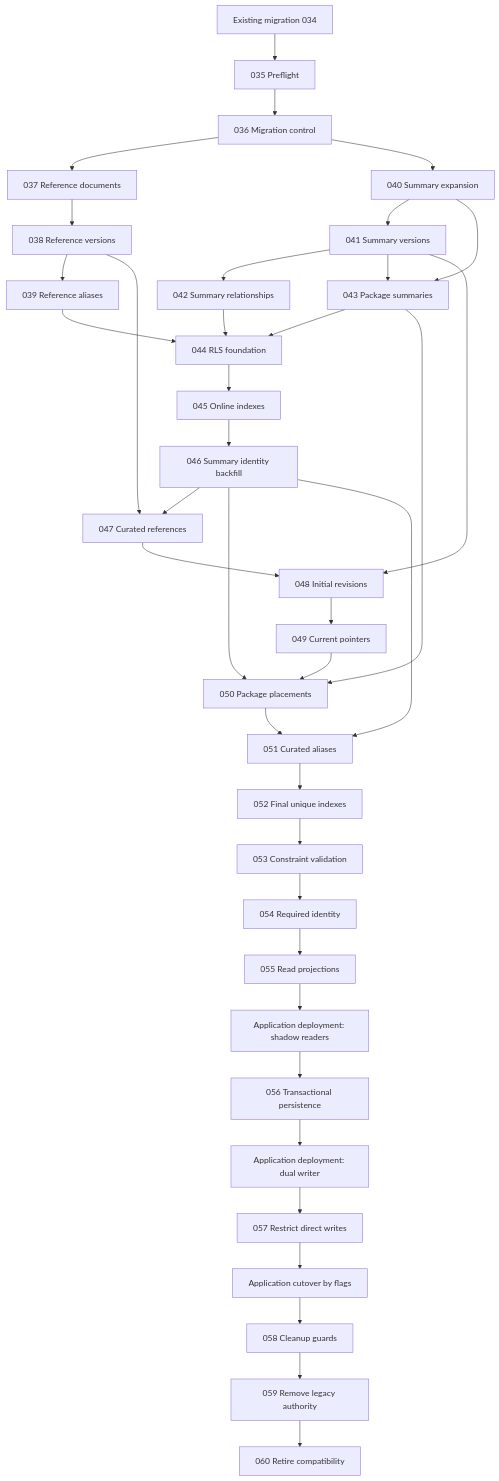
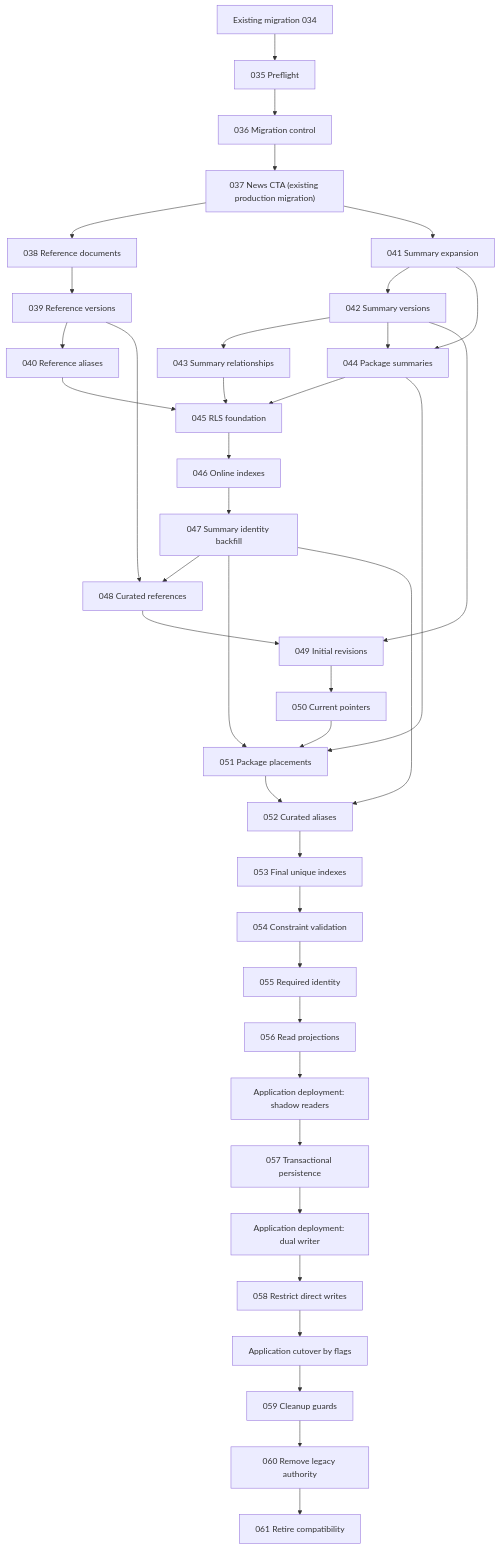
The first of 2 diagrams in knowledge_platform_sql_migration_design_v1.md (Lowwer02/sobdai), drawn with Mermaid before and after one commit. The commit also changed other lines of this file and 2 other files, not shown here.

Commit message:
fix(news): fix table query columns and response normalization in relation picker

````diff
--- a/knowledge_platform_sql_migration_design_v1.md
+++ b/knowledge_platform_sql_migration_design_v1.md
@@ -106,56 +93,57 @@
 ```mermaid
 flowchart TD
     M034["Existing migration 034"]
     M035["035 Preflight"]
     M036["036 Migration control"]
-    M037["037 Reference documents"]
-    M038["038 Reference versions"]
-    M039["039 Reference aliases"]
-    M040["040 Summary expansion"]
-    M041["041 Summary versions"]
-    M042["042 Summary relationships"]
-    M043["043 Package summaries"]
-    M044["044 RLS foundation"]
-    M045["045 Online indexes"]
-    M046["046 Summary identity backfill"]
-    M047["047 Curated references"]
-    M048["048 Initial revisions"]
-    M049["049 Current pointers"]
-    M050["050 Package placements"]
-    M051["051 Curated aliases"]
-    M052["052 Final unique indexes"]
-    M053["053 Constraint validation"]
-    M054["054 Required identity"]
-    M055["055 Read projections"]
+    M037NEWS["037 News CTA (existing production migration)"]
+    M038["038 Reference documents"]
+    M039["039 Reference versions"]
+    M040["040 Reference aliases"]
+    M041["041 Summary expansion"]
+    M042["042 Summary versions"]
+    M043["043 Summary relationships"]
+    M044["044 Package summaries"]
+    M045["045 RLS foundation"]
+    M046["046 Online indexes"]
+    M047["047 Summary identity backfill"]
+    M048["048 Curated references"]
+    M049["049 Initial revisions"]
+    M050["050 Current pointers"]
+    M051["051 Package placements"]
+    M052["052 Curated aliases"]
+    M053["053 Final unique indexes"]
+    M054["054 Constraint validation"]
+    M055["055 Required identity"]
+    M056["056 Read projections"]
     A1["Application deployment: shadow readers"]
-    M056["056 Transactional persistence"]
+    M057["057 Transactional persistence"]
     A2["Application deployment: dual writer"]
-    M057["057 Restrict direct writes"]
+    M058["058 Restrict direct writes"]
     A3["Application cutover by flags"]
-    M058["058 Cleanup guards"]
-    M059["059 Remove legacy authority"]
-    M060["060 Retire compatibility"]
+    M059["059 Cleanup guards"]
+    M060["060 Remove legacy authority"]
+    M061["061 Retire compatibility"]
 
-    M034 --> M035 --> M036
-    M036 --> M037 --> M038 --> M039
-    M036 --> M040 --> M041 --> M042
-    M040 --> M043
-    M041 --> M043
-    M039 --> M044
+    M034 --> M035 --> M036 --> M037NEWS
+    M037NEWS --> M038 --> M039 --> M040
+    M037NEWS --> M041 --> M042 --> M043
+    M041 --> M044
     M042 --> M044
-    M043 --> M044 --> M045
-    M045 --> M046
-    M038 --> M047
+    M040 --> M045
+    M043 --> M045
+    M044 --> M045 --> M046
     M046 --> M047
+    M039 --> M048
     M047 --> M048
-    M041 --> M048 --> M049
-    M043 --> M050
-    M046 --> M050
-    M049 --> M050
-    M046 --> M051
+    M048 --> M049
+    M042 --> M049 --> M050
+    M044 --> M051
+    M047 --> M051
     M050 --> M051
-    M051 --> M052 --> M053 --> M054
-    M054 --> M055 --> A1
-    A1 --> M056 --> A2 --> M057
-    M057 --> A3 --> M058 --> M059 --> M060
+    M047 --> M052
+    M051 --> M052
+    M052 --> M053 --> M054 --> M055
+    M055 --> M056 --> A1
+    A1 --> M057 --> A2 --> M058
+    M058 --> A3 --> M059 --> M060 --> M061
 ```
````
